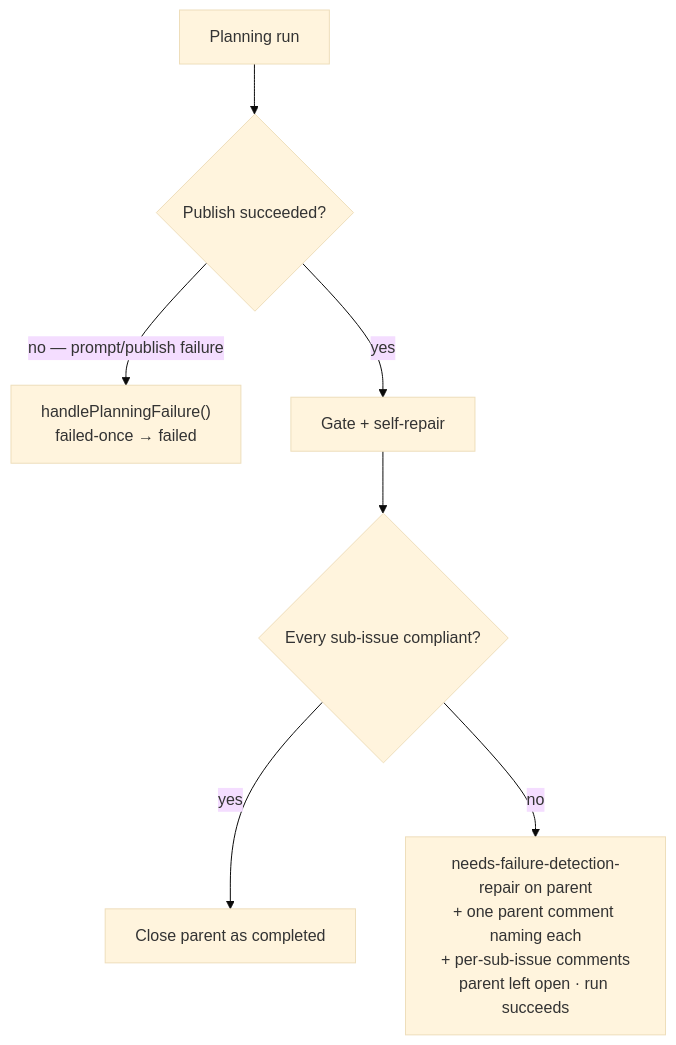
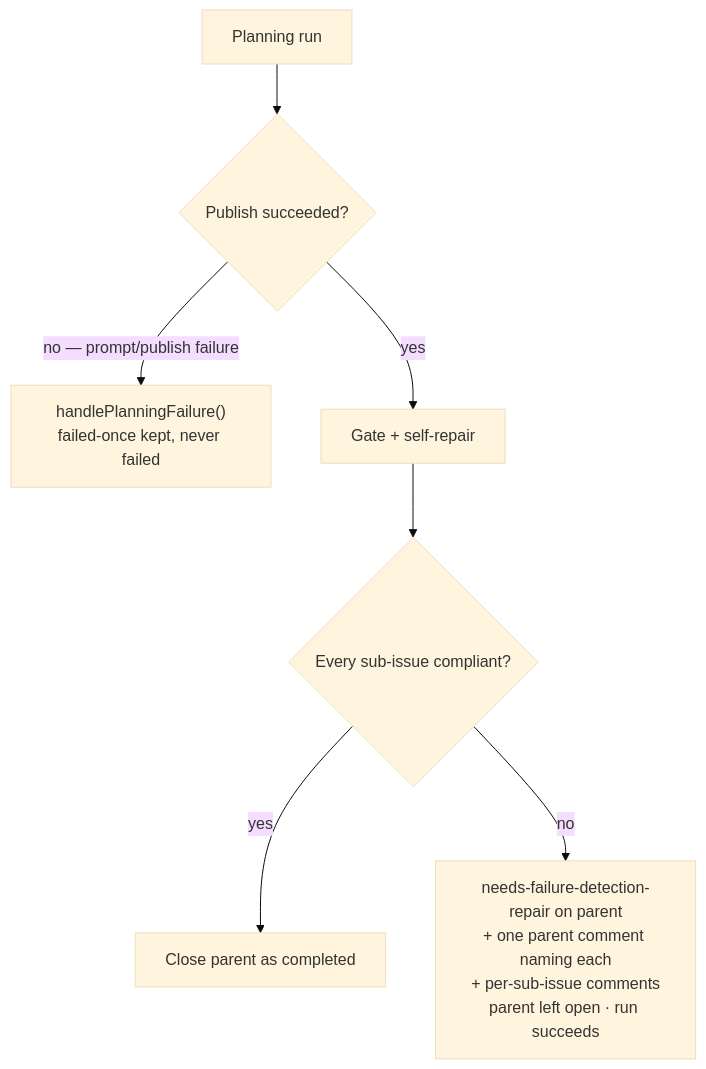
One commit to stSoftwareAU/VibeCoder changed the third of 12 diagrams in docs/workflows/planning-and-questions.md. Above: the diagram before and after it, drawn with Mermaid (base theme). The commit also changed other lines of this file and 5 other files, not shown here.

First line of the commit message:
docs/workflows/issue-processing.md still says a second failure replaces `failed-once` with `failed`; the worker never applies `failed` (Issue #5318) (#5365)

````diff
--- a/docs/workflows/planning-and-questions.md
+++ b/docs/workflows/planning-and-questions.md
@@ -346,9 +347,9 @@
 ```mermaid
 flowchart TD
     A[Planning run] --> B{Publish succeeded?}
-    B -->|no — prompt/publish failure| C["handlePlanningFailure()<br/>failed-once → failed"]
+    B -->|no — prompt/publish failure| C["handlePlanningFailure()<br/>failed-once kept, never failed"]
     B -->|yes| D[Gate + self-repair]
     D --> E{Every sub-issue compliant?}
     E -->|yes| F[Close parent as completed]
     E -->|no| G["needs-failure-detection-repair on parent<br/>+ one parent comment naming each<br/>+ per-sub-issue comments<br/>parent left open · run succeeds"]
 ```
````
